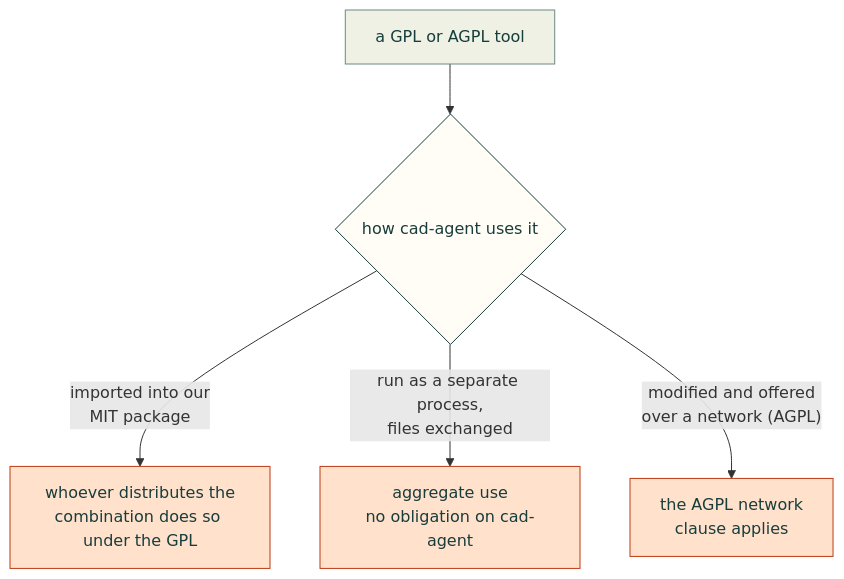
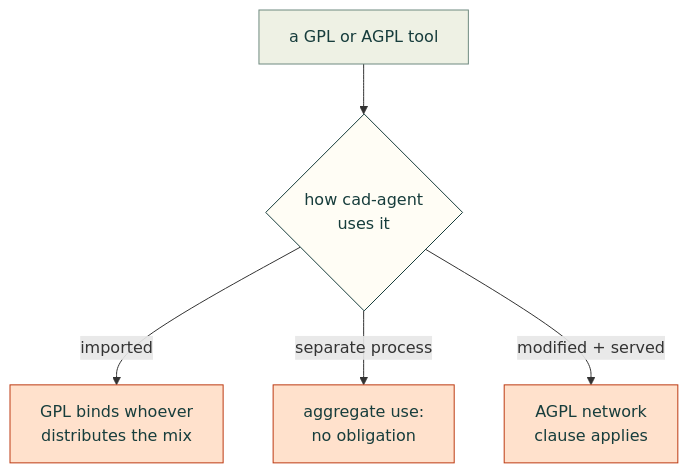
Before and after one commit to Valpatel/cad-agent: the diagram in research/simulation-tools.md, drawn with Mermaid. The commit also changed 2 other files, not shown here.

Commit message:
Research diagrams: fit the column (shorter mind map and licence labels, a five-step FEA run)

````diff
--- a/research/simulation-tools.md
+++ b/research/simulation-tools.md
@@ -10,13 +10,13 @@
 ```mermaid
 flowchart TD
-    T["a GPL or AGPL tool"] --> Q{"how cad-agent uses it"}
-    Q -->|"imported into our<br/>MIT package"| I["whoever distributes the<br/>combination does so under the GPL"]
-    Q -->|"run as a separate process,<br/>files exchanged"| A["aggregate use<br/>no obligation on cad-agent"]
-    Q -->|"modified and offered<br/>over a network (AGPL)"| N["the AGPL network<br/>clause applies"]
+    T["a GPL or AGPL tool"] --> Q{"how cad-agent<br/>uses it"}
+    Q -->|"imported"| I["GPL binds whoever<br/>distributes the mix"]
+    Q -->|"separate process"| A["aggregate use:<br/>no obligation"]
+    Q -->|"modified + served"| N["AGPL network<br/>clause applies"]
     classDef here fill:#fffdf5,stroke:#173d3c,color:#173d3c
     classDef near fill:#eef1e4,stroke:#6f8a80,color:#173d3c
     classDef out fill:#ffe1cc,stroke:#bd3a12,color:#173d3c
     class Q here
     class T near
     class I,A,N out
 ```
````
